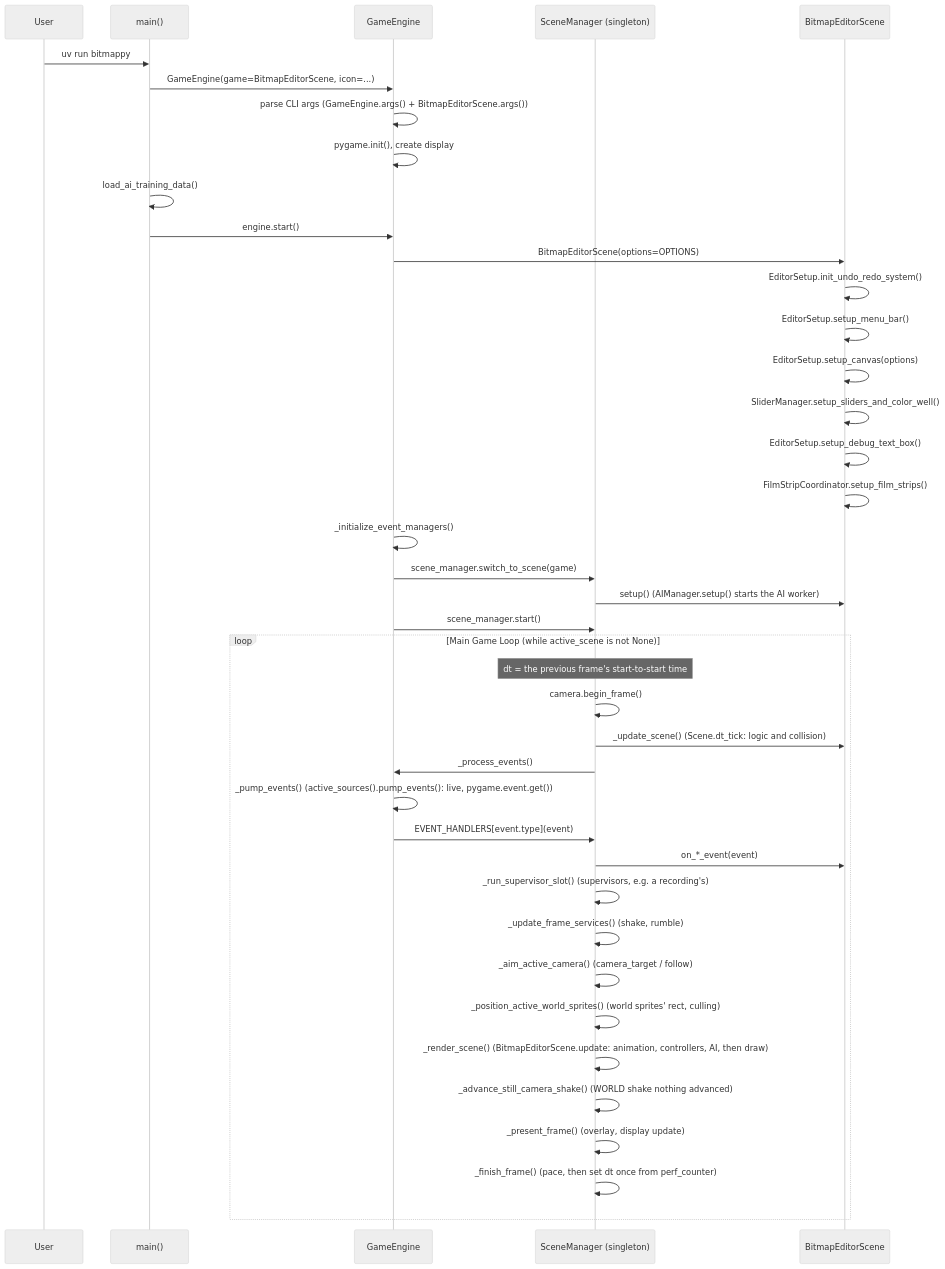
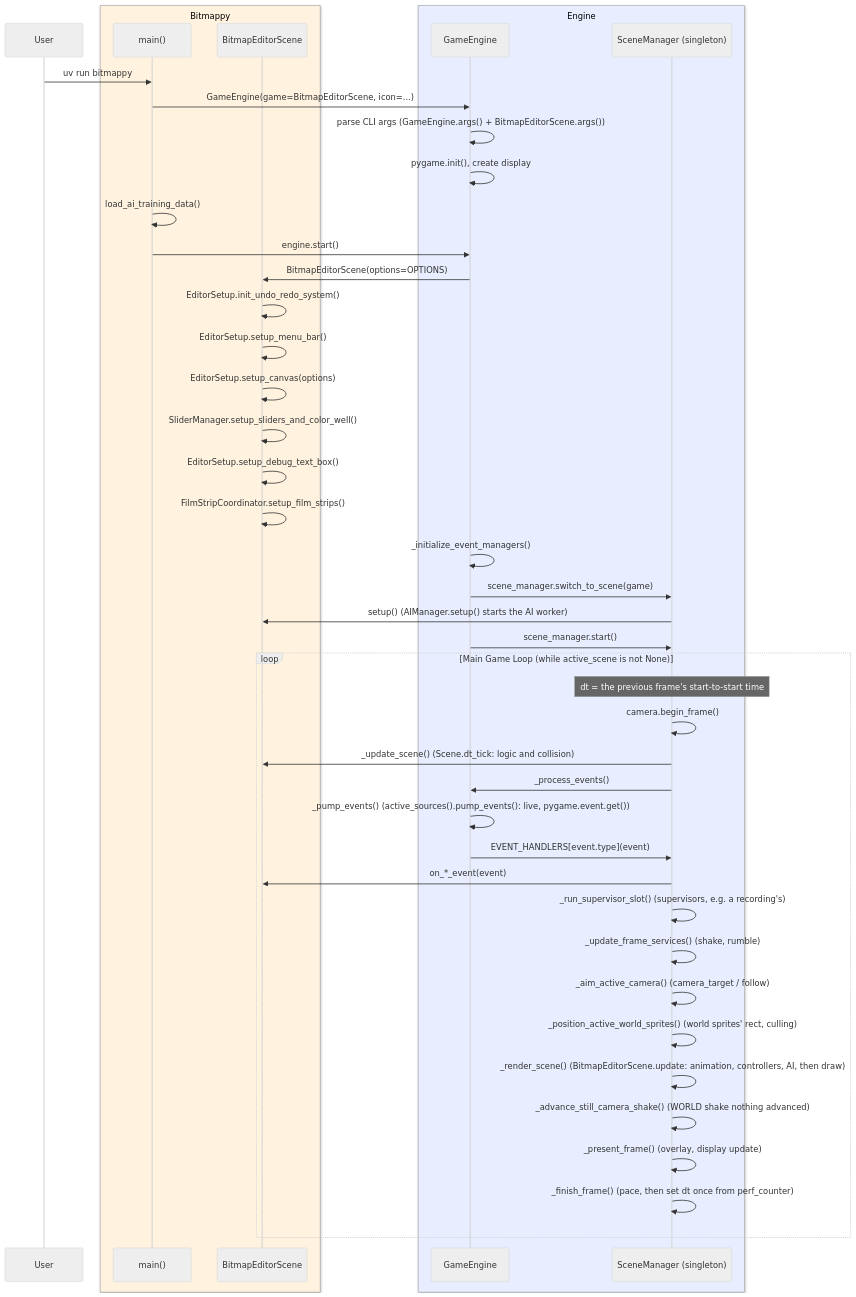
The first of 10 diagrams in docs/architecture/bitmappy.md (terrysimons/glitchygames), drawn with Mermaid (neutral theme) before and after one commit. The commit also changed other lines of this file and 5 other files, not shown here.

First line of the commit message:
Docs: every diagram that mixes engine and game code shows the split

````diff
--- a/docs/architecture/bitmappy.md
+++ b/docs/architecture/bitmappy.md
@@ -11,44 +12,48 @@
 ```mermaid
 sequenceDiagram
     participant User
+    box rgb(255,243,224) Bitmappy
     participant main as main()
+    participant BES as BitmapEditorScene
+    end
+    box rgb(232,238,255) Engine
     participant GE as GameEngine
     participant SM as SceneManager (singleton)
-    participant BES as BitmapEditorScene
+    end
 
     User->>main: uv run bitmappy
     main->>GE: GameEngine(game=BitmapEditorScene, icon=...)
     GE->>GE: parse CLI args (GameEngine.args() + BitmapEditorScene.args())
     GE->>GE: pygame.init(), create display
     main->>main: load_ai_training_data()
     main->>GE: engine.start()
     GE->>BES: BitmapEditorScene(options=OPTIONS)
     BES->>BES: EditorSetup.init_undo_redo_system()
     BES->>BES: EditorSetup.setup_menu_bar()
     BES->>BES: EditorSetup.setup_canvas(options)
     BES->>BES: SliderManager.setup_sliders_and_color_well()
     BES->>BES: EditorSetup.setup_debug_text_box()
     BES->>BES: FilmStripCoordinator.setup_film_strips()
     GE->>GE: _initialize_event_managers()
     GE->>SM: scene_manager.switch_to_scene(game)
     SM->>BES: setup() (AIManager.setup() starts the AI worker)
     GE->>SM: scene_manager.start()
 
     loop Main Game Loop (while active_scene is not None)
         Note over SM: dt = the previous frame's start-to-start time
         SM->>SM: camera.begin_frame()
         SM->>BES: _update_scene() (Scene.dt_tick: logic and collision)
         SM->>GE: _process_events()
         GE->>GE: _pump_events() (active_sources().pump_events(): live, pygame.event.get())
         GE->>SM: EVENT_HANDLERS[event.type](event)
         SM->>BES: on_*_event(event)
         SM->>SM: _run_supervisor_slot() (supervisors, e.g. a recording's)
         SM->>SM: _update_frame_services() (shake, rumble)
         SM->>SM: _aim_active_camera() (camera_target / follow)
         SM->>SM: _position_active_world_sprites() (world sprites' rect, culling)
         SM->>SM: _render_scene() (BitmapEditorScene.update: animation, controllers, AI, then draw)
         SM->>SM: _advance_still_camera_shake() (WORLD shake nothing advanced)
         SM->>SM: _present_frame() (overlay, display update)
         SM->>SM: _finish_frame() (pace, then set dt once from perf_counter)
     end
 ```
````
